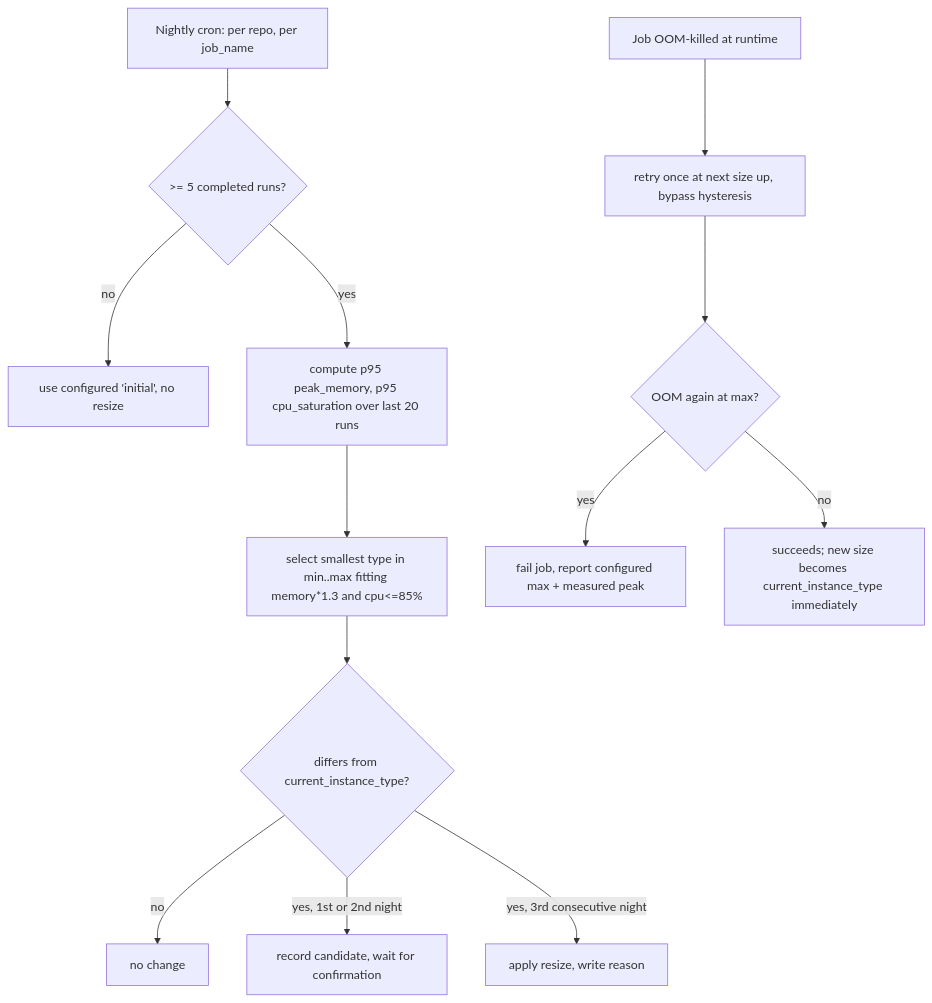
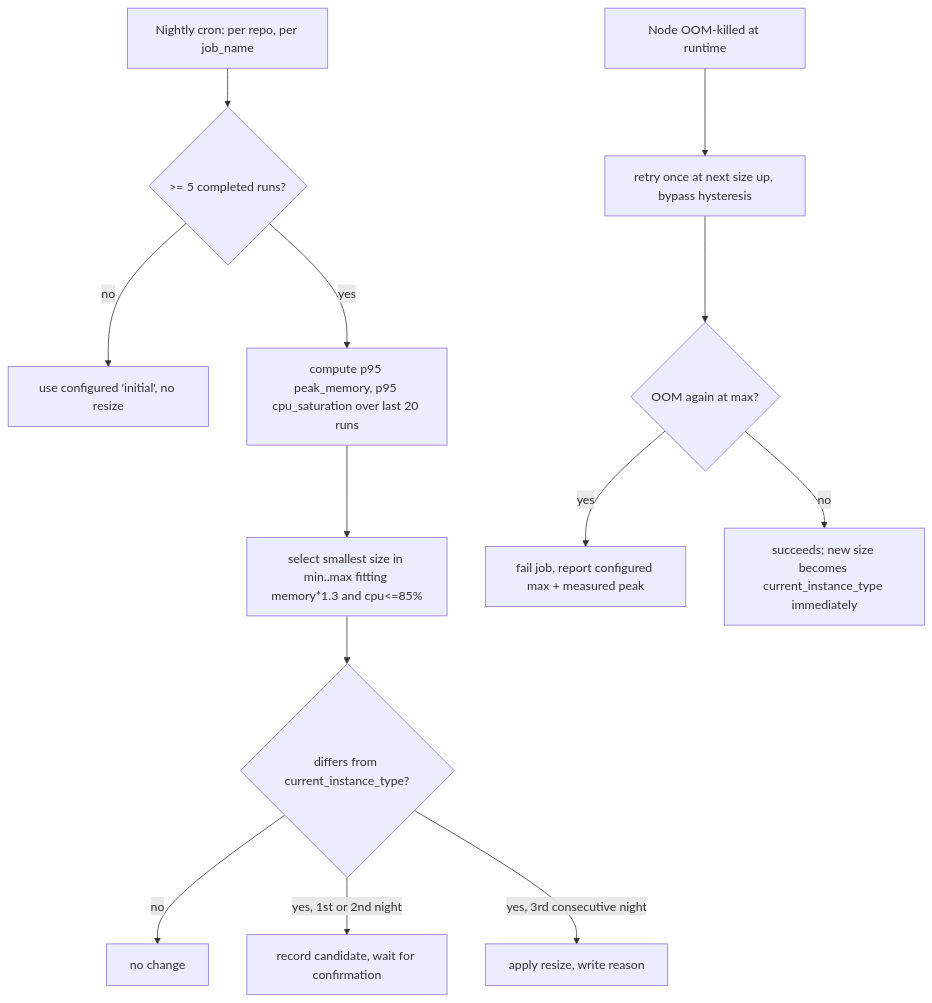
One commit to btkostner/cloud-ci changed the second of 2 diagrams in docs/design/analytics.md. Above: the diagram before and after it, drawn with Mermaid. The commit also changed other lines of this file and 19 other files, not shown here.

````diff
--- a/docs/design/analytics.md
+++ b/docs/design/analytics.md
@@ -215,15 +507,15 @@
 ```mermaid
 flowchart TD
     A[Nightly cron: per repo, per job_name] --> B{>= 5 completed runs?}
     B -- no --> C[use configured 'initial', no resize]
     B -- yes --> D[compute p95 peak_memory, p95 cpu_saturation over last 20 runs]
-    D --> E[select smallest type in min..max fitting memory*1.3 and cpu<=85%]
+    D --> E[select smallest size in min..max fitting memory*1.3 and cpu<=85%]
     E --> F{differs from current_instance_type?}
     F -- no --> G[no change]
     F -- yes, 1st or 2nd night --> H[record candidate, wait for confirmation]
     F -- yes, 3rd consecutive night --> I[apply resize, write reason]
-    J[Job OOM-killed at runtime] --> K[retry once at next size up, bypass hysteresis]
+    J[Node OOM-killed at runtime] --> K[retry once at next size up, bypass hysteresis]
     K --> L{OOM again at max?}
     L -- yes --> M[fail job, report configured max + measured peak]
     L -- no --> N[succeeds; new size becomes current_instance_type immediately]
 ```
````
